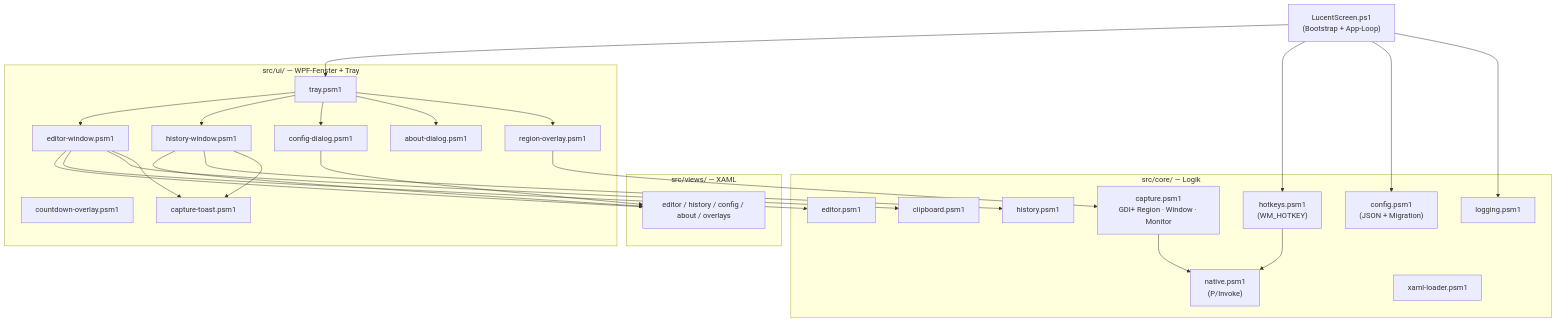
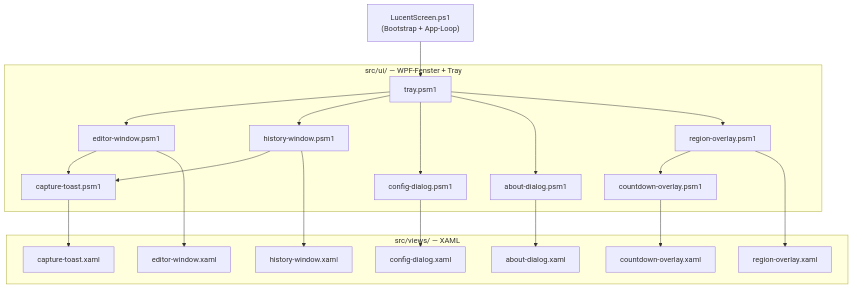
One commit to monoeagle/lucent-job-luScreen changed the first of 3 diagrams in luscreen-docs/docs/referenz/architektur.md. Above: the diagram before and after it, drawn with Mermaid. The commit also changed other lines of this file and 24 other files, not shown here.

````diff
--- a/luscreen-docs/docs/referenz/architektur.md
+++ b/luscreen-docs/docs/referenz/architektur.md
@@ -7,55 +11,43 @@
 ```mermaid
 flowchart TB
     Boot["LucentScreen.ps1<br/>(Bootstrap + App-Loop)"]
 
     subgraph UI["src/ui/ — WPF-Fenster + Tray"]
         Tray["tray.psm1"]
         Editor["editor-window.psm1"]
         History["history-window.psm1"]
         Config["config-dialog.psm1"]
         About["about-dialog.psm1"]
         Region["region-overlay.psm1"]
         Countdown["countdown-overlay.psm1"]
         Toast["capture-toast.psm1"]
     end
 
     subgraph Views["src/views/ — XAML"]
-        XAML["editor / history / config / about / overlays"]
-    end
-
-    subgraph Core["src/core/ — Logik"]
-        Capture["capture.psm1<br/>GDI+ Region · Window · Monitor"]
-        Editor2["editor.psm1"]
-        Hist2["history.psm1"]
-        Hk["hotkeys.psm1<br/>(WM_HOTKEY)"]
-        Cfg["config.psm1<br/>(JSON + Migration)"]
-        Clip["clipboard.psm1"]
-        Log["logging.psm1"]
-        Native["native.psm1<br/>(P/Invoke)"]
-        XL["xaml-loader.psm1"]
+        XEditor["editor-window.xaml"]
+        XHistory["history-window.xaml"]
+        XConfig["config-dialog.xaml"]
+        XAbout["about-dialog.xaml"]
+        XRegion["region-overlay.xaml"]
+        XCountdown["countdown-overlay.xaml"]
+        XToast["capture-toast.xaml"]
     end
 
     Boot --> Tray
-    Boot --> Hk
-    Boot --> Cfg
-    Boot --> Log
-
     Tray --> Editor
     Tray --> History
     Tray --> Config
     Tray --> About
     Tray --> Region
-
-    Editor --> XAML
-    History --> XAML
-    Config --> XAML
-
-    Editor --> Editor2
-    History --> Hist2
-    Region --> Capture
-    Capture --> Native
-    Hk --> Native
-    Editor --> Clip
+    Region --> Countdown
     Editor --> Toast
     History --> Toast
+
+    Editor --> XEditor
+    History --> XHistory
+    Config --> XConfig
+    About --> XAbout
+    Region --> XRegion
+    Countdown --> XCountdown
+    Toast --> XToast
 ```
````
